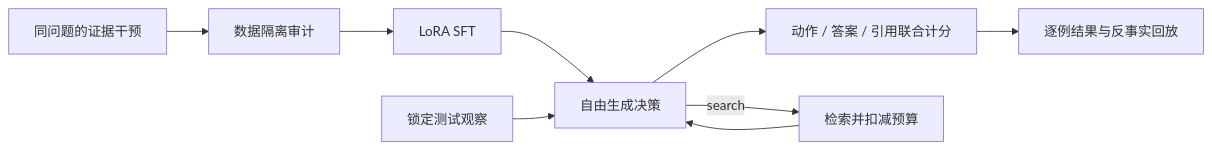
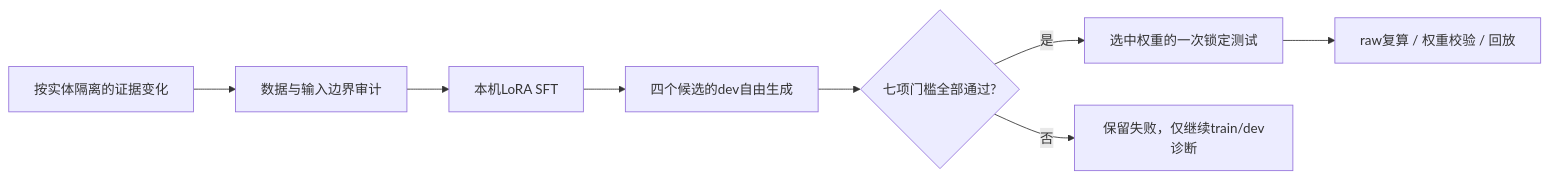
The diagram in README.md (1766421040-ux/evidence-gate), drawn with Mermaid before and after one commit. The commit also changed other lines of this file and 126 other files, not shown here.

````diff
--- a/README.md
+++ b/README.md
@@ -90,11 +82,10 @@
 ```mermaid
 flowchart LR
-    D[同问题的证据干预] --> A[数据隔离审计]
-    A --> S[LoRA SFT]
-    S --> M[自由生成决策]
-    E[锁定测试观察] --> M
-    M --> V[动作 / 答案 / 引用联合计分]
-    V --> R[逐例结果与反事实回放]
-    M -->|search| T[检索并扣减预算]
-    T --> M
+    D[按实体隔离的证据变化] --> A[数据与输入边界审计]
+    A --> S[本机LoRA SFT]
+    S --> V[四个候选的dev自由生成]
+    V --> G{七项门槛全部通过?}
+    G -->|是| T[选中权重的一次锁定测试]
+    G -->|否| F[保留失败，仅继续train/dev诊断]
+    T --> R[raw复算 / 权重校验 / 回放]
 ```
````
